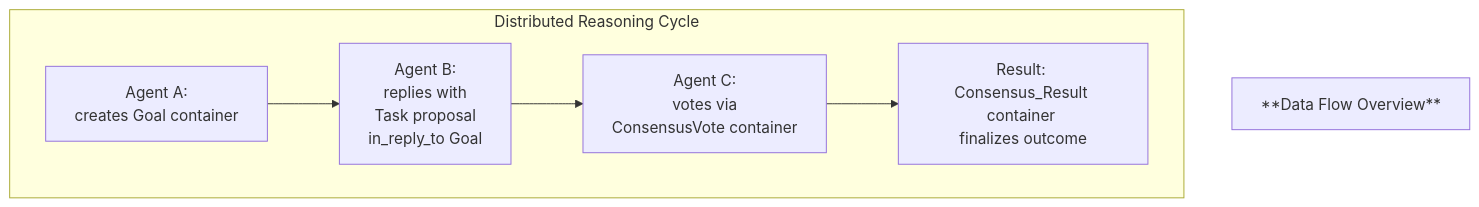
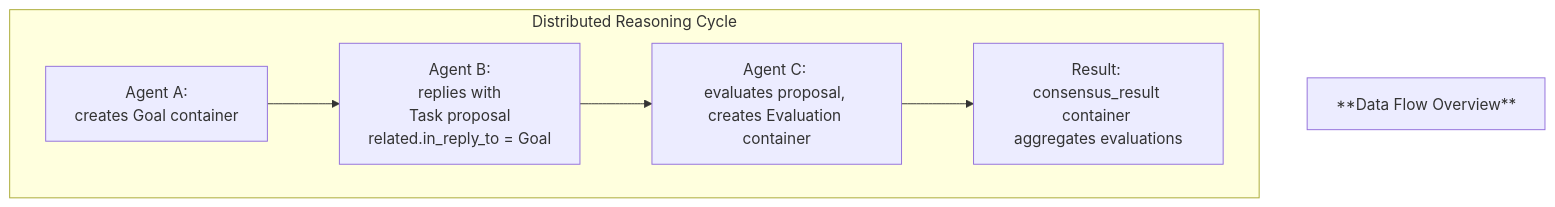
One commit to kagvi13/HMP changed the second of 4 diagrams in docs/HMP-0005.md. Above: the diagram before and after it, drawn with Mermaid. The commit also changed other lines of this file, not shown here.

````diff
--- a/docs/HMP-0005.md
+++ b/docs/HMP-0005.md
@@ -259,15 +259,15 @@
 ```mermaid
 flowchart TD
     title["**Data Flow Overview**"]
 
     A[Agent A: <br>creates Goal container]
-    B[Agent B: <br>replies with <br>Task proposal <br>in_reply_to Goal]
-    C[Agent C: <br>votes via <br>ConsensusVote container]
-    R[Result: <br>Consensus_Result container <br>finalizes outcome]
+    B[Agent B: <br>replies with <br>Task proposal <br>related.in_reply_to = Goal]
+    C[Agent C: <br>evaluates proposal, <br>creates Evaluation container]
+    R[Result: <br>consensus_result container <br>aggregates evaluations]
 
     subgraph Interaction["Distributed Reasoning Cycle"]
         A --> B
         B --> C
         C --> R
     end
 ```
````
